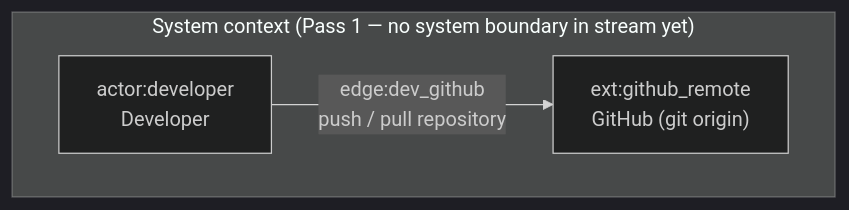
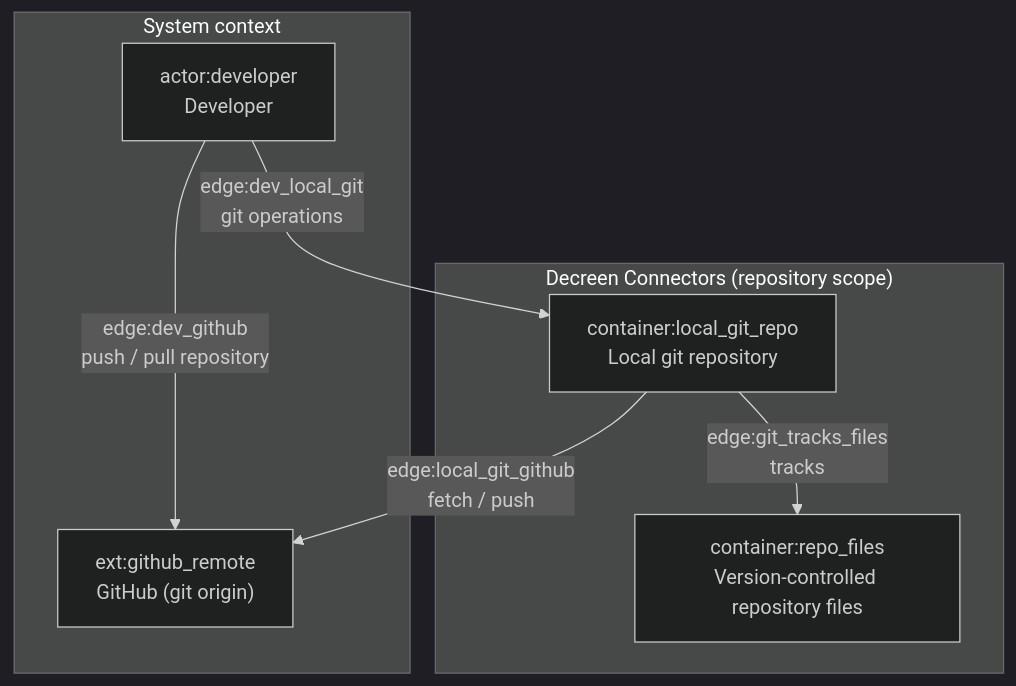
The diagram in docs/c4-live.mermaid.md (Decreen/decreen-connectors), drawn with Mermaid (dark theme) before and after one commit. The commit also changed 3 other files, not shown here.

Commit message:
feat(c4): Pass 2 system boundary and repository containers

````diff
--- a/docs/c4-live.mermaid.md
+++ b/docs/c4-live.mermaid.md
@@ -3,8 +3,16 @@
 ```mermaid
 flowchart TD
-  subgraph L1["System context (Pass 1 — no system boundary in stream yet)"]
+  subgraph L1["System context"]
     dev["actor:developer<br/>Developer"]
     gh["ext:github_remote<br/>GitHub (git origin)"]
   end
+  %% SCOPE: urn:c4:container:sys:decreen_connectors
+  subgraph L2["Decreen Connectors (repository scope)"]
+    local_git["container:local_git_repo<br/>Local git repository"]
+    repo_files["container:repo_files<br/>Version-controlled repository files"]
+  end
   dev -->|"edge:dev_github<br/>push / pull repository"| gh
+  dev -->|"edge:dev_local_git<br/>git operations"| local_git
+  local_git -->|"edge:local_git_github<br/>fetch / push"| gh
+  local_git -->|"edge:git_tracks_files<br/>tracks"| repo_files
 ```
````
